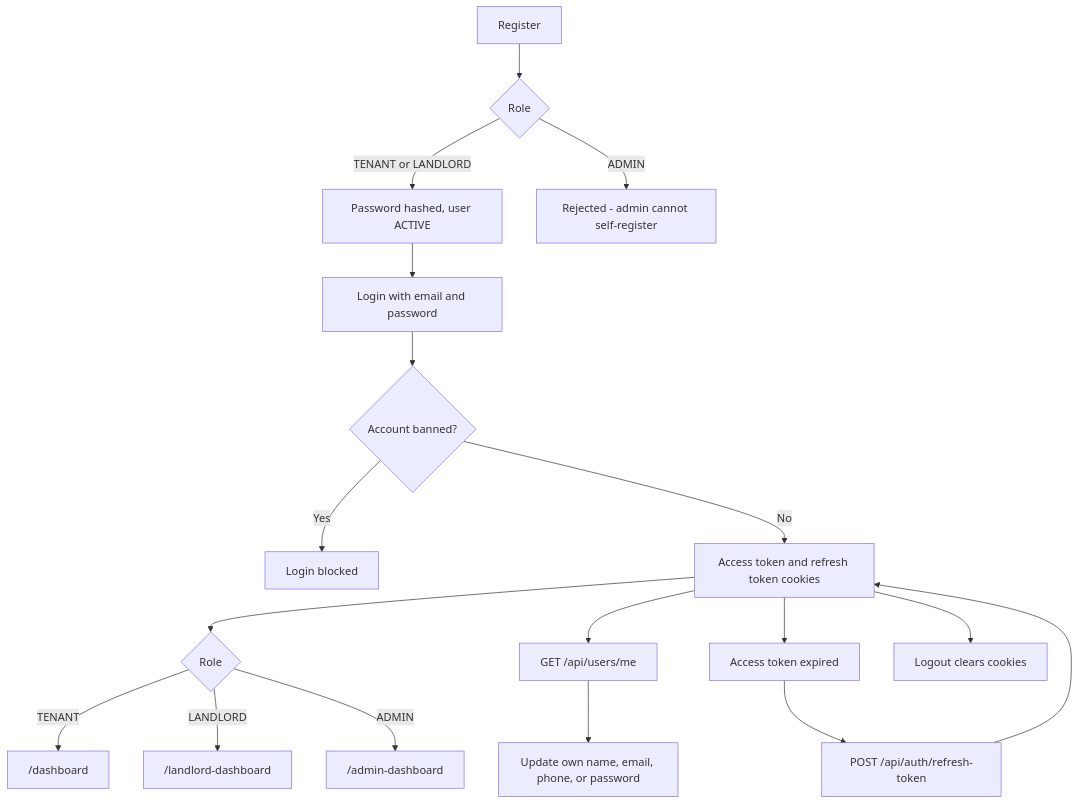
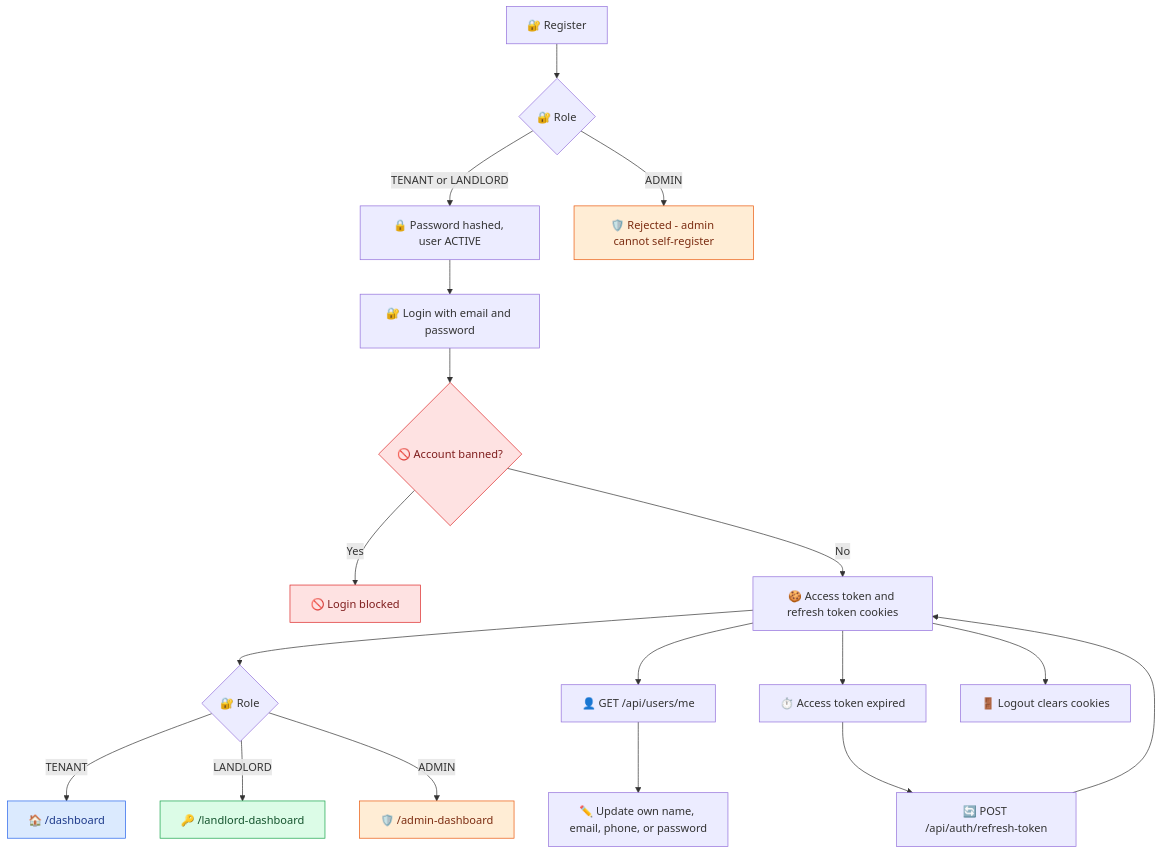
The fourth of 12 diagrams in RentNest-full-workflow.md (kaziashik/rentnest_frontend-), drawn with Mermaid before and after one commit. The commit also changed other lines of this file, not shown here.

````diff
--- a/RentNest-full-workflow.md
+++ b/RentNest-full-workflow.md
@@ -98,20 +137,29 @@
 ```mermaid
 flowchart TD
-    A[Register] --> B{Role}
-    B -- TENANT or LANDLORD --> C[Password hashed, user ACTIVE]
-    B -- ADMIN --> X["Rejected - admin cannot self-register"]
-    C --> D[Login with email and password]
-    D --> E{Account banned?}
-    E -- Yes --> F[Login blocked]
-    E -- No --> G[Access token and refresh token cookies]
-    G --> H{Role}
-    H -- TENANT --> I["/dashboard"]
-    H -- LANDLORD --> J["/landlord-dashboard"]
-    H -- ADMIN --> K["/admin-dashboard"]
-    G --> L["GET /api/users/me"]
-    L --> M["Update own name, email, phone, or password"]
-    G --> N[Access token expired]
-    N --> O["POST /api/auth/refresh-token"]
+    A["🔐 Register"] --> B{"🔐 Role"}
+    B -- TENANT or LANDLORD --> C["🔒 Password hashed, user ACTIVE"]
+    B -- ADMIN --> X["🛡️ Rejected - admin cannot self-register"]
+    C --> D["🔐 Login with email and password"]
+    D --> E{"🚫 Account banned?"}
+    E -- Yes --> F["🚫 Login blocked"]
+    E -- No --> G["🍪 Access token and refresh token cookies"]
+    G --> H{"🔐 Role"}
+    H -- TENANT --> I["🏠 /dashboard"]
+    H -- LANDLORD --> J["🔑 /landlord-dashboard"]
+    H -- ADMIN --> K["🛡️ /admin-dashboard"]
+    G --> L["👤 GET /api/users/me"]
+    L --> M["✏️ Update own name, email, phone, or password"]
+    G --> N["⏱️ Access token expired"]
+    N --> O["🔄 POST /api/auth/refresh-token"]
     O --> G
-    G --> P[Logout clears cookies]
+    G --> P["🚪 Logout clears cookies"]
+
+    classDef tenant fill:#dbeafe,stroke:#2563eb,color:#1e3a8a
+    classDef landlord fill:#dcfce7,stroke:#16a34a,color:#14532d
+    classDef admin fill:#ffedd5,stroke:#ea580c,color:#7c2d12
+    classDef blocked fill:#fee2e2,stroke:#dc2626,color:#7f1d1d
+    class I tenant
+    class J landlord
+    class K,X admin
+    class E,F blocked
 ```
````
